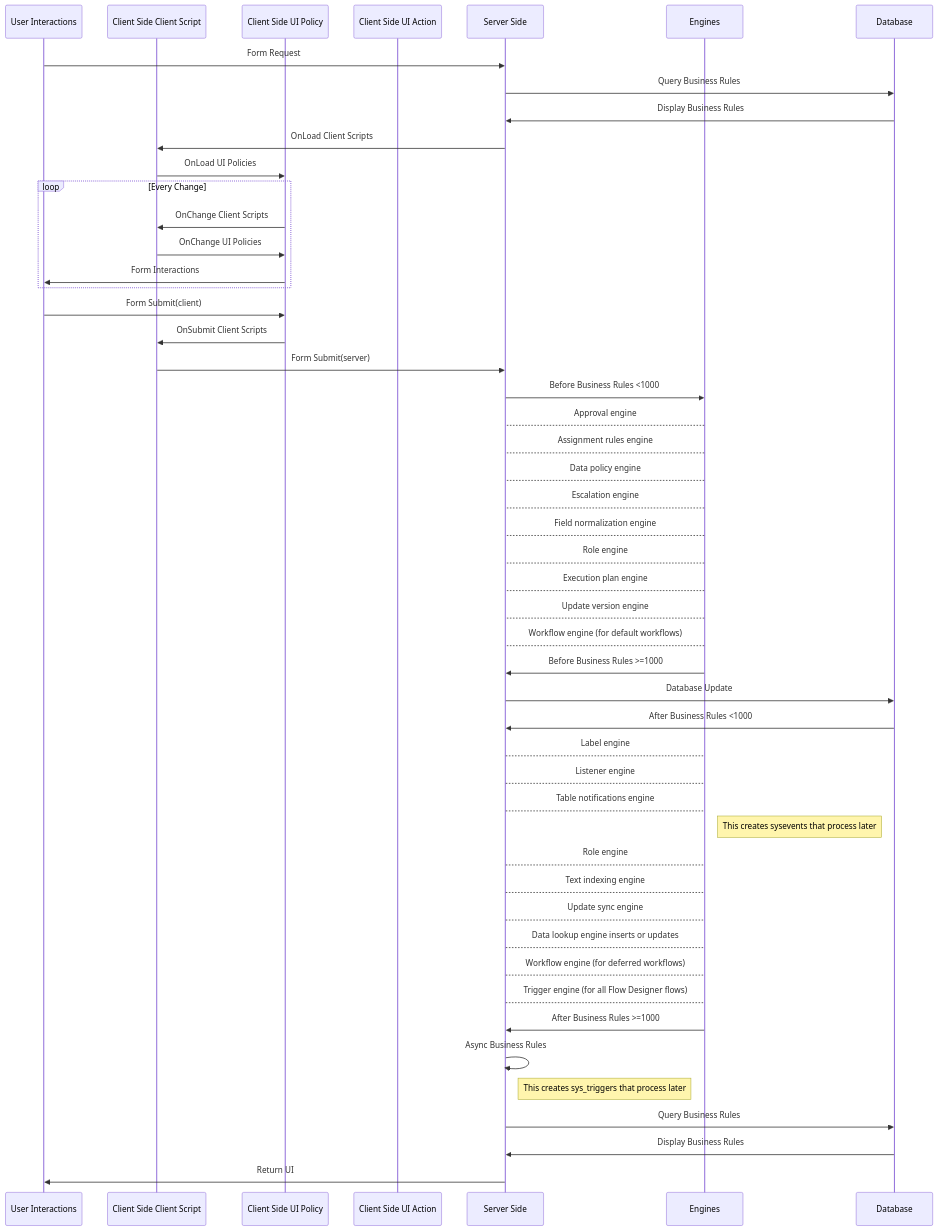
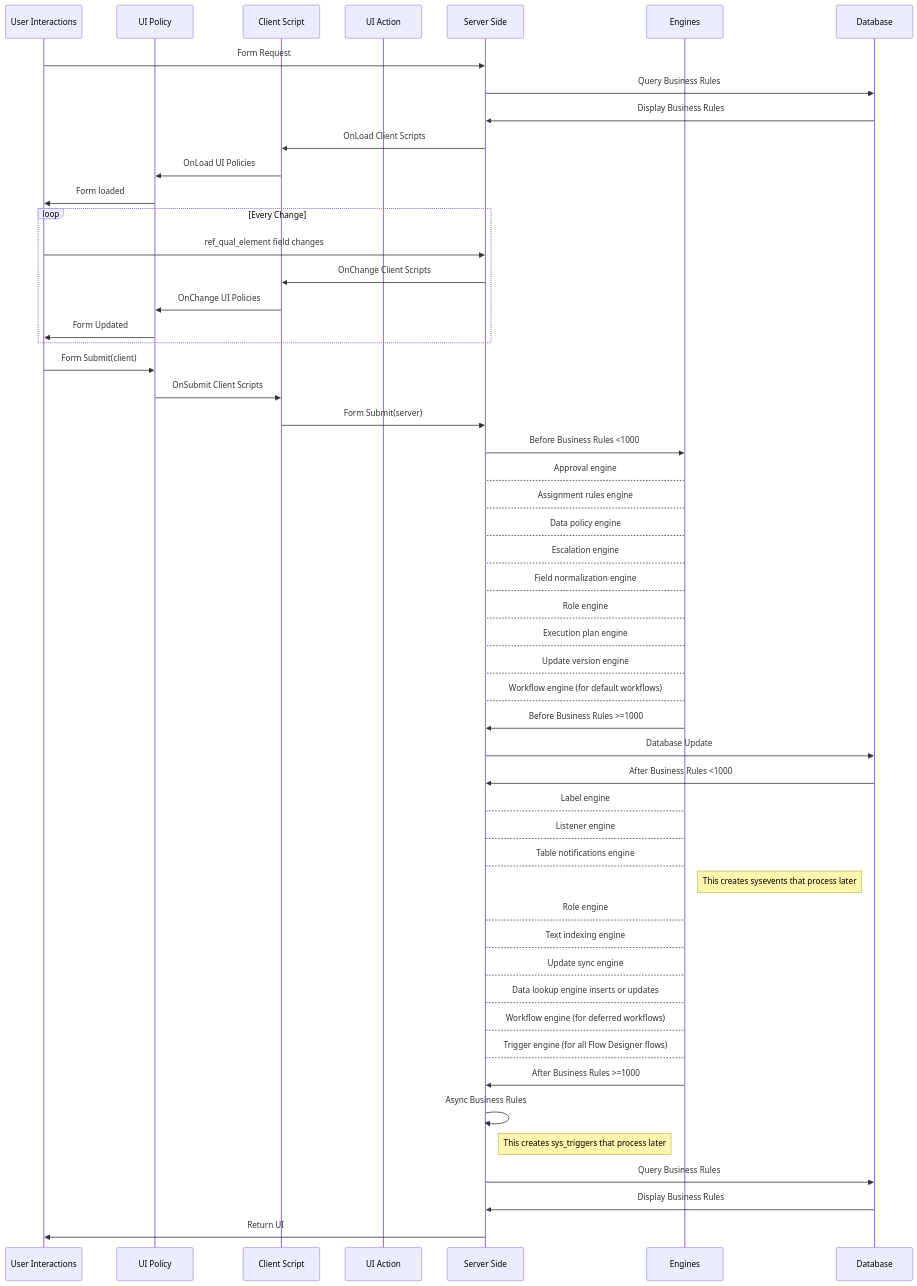
One commit to jacebenson/workflow changed the diagram in public/mmd/BusinessRuleOrderSequence.mmd. Above: the diagram before and after it, drawn with Mermaid.

Commit message:
added ref_qual_elements

```diff
--- a/public/mmd/BusinessRuleOrderSequence.mmd
+++ b/public/mmd/BusinessRuleOrderSequence.mmd
@@ -1,50 +1,52 @@
 sequenceDiagram
     participant uxux as User Interactions
-    participant cscs as Client Side Client Script
-    participant csup as Client Side UI Policy
-    participant csua as Client Side UI Action
+    participant csup as UI Policy
+    participant cscs as Client Script
+    participant csua as UI Action
     participant ssss as Server Side
     participant eeee as Engines
     participant dbdb as Database
     uxux->>ssss: Form Request
     ssss->>dbdb: Query Business Rules
     dbdb->>ssss: Display Business Rules
     ssss->>cscs: OnLoad Client Scripts
     cscs->>csup: OnLoad UI Policies
+    csup->>uxux: Form loaded
     loop Every Change
-        csup->>cscs: OnChange Client Scripts
+        uxux->>ssss: ref_qual_element field changes
+        ssss->>cscs: OnChange Client Scripts
         cscs->>csup: OnChange UI Policies
-        csup->>uxux: Form Interactions
+        csup->>uxux: Form Updated
     end
     uxux->>csup: Form Submit(client)
     csup->>cscs: OnSubmit Client Scripts
     cscs->>ssss: Form Submit(server)
     ssss->>eeee: Before Business Rules <1000
     eeee-->ssss: Approval engine
     eeee-->ssss: Assignment rules engine
     eeee-->ssss: Data policy engine
     eeee-->ssss: Escalation engine
     eeee-->ssss: Field normalization engine
     eeee-->ssss: Role engine
     eeee-->ssss: Execution plan engine
     eeee-->ssss: Update version engine
     eeee-->ssss: Workflow engine (for default workflows)
     eeee->>ssss: Before Business Rules >=1000
     ssss->>dbdb: Database Update
     dbdb->>ssss: After Business Rules <1000
     ssss-->eeee: Label engine
     ssss-->eeee: Listener engine
     ssss-->eeee: Table notifications engine
     Note right of eeee: This creates sysevents that process later
     ssss-->eeee: Role engine
     ssss-->eeee: Text indexing engine
     ssss-->eeee: Update sync engine
     ssss-->eeee: Data lookup engine inserts or updates
     ssss-->eeee: Workflow engine (for deferred workflows)
     ssss-->eeee: Trigger engine (for all Flow Designer flows)
     eeee->>ssss: After Business Rules >=1000
     ssss->>ssss: Async Business Rules
     Note right of ssss: This creates sys_triggers that process later
     ssss->>dbdb: Query Business Rules
     dbdb->>ssss: Display Business Rules
     ssss->>uxux: Return UI
```
